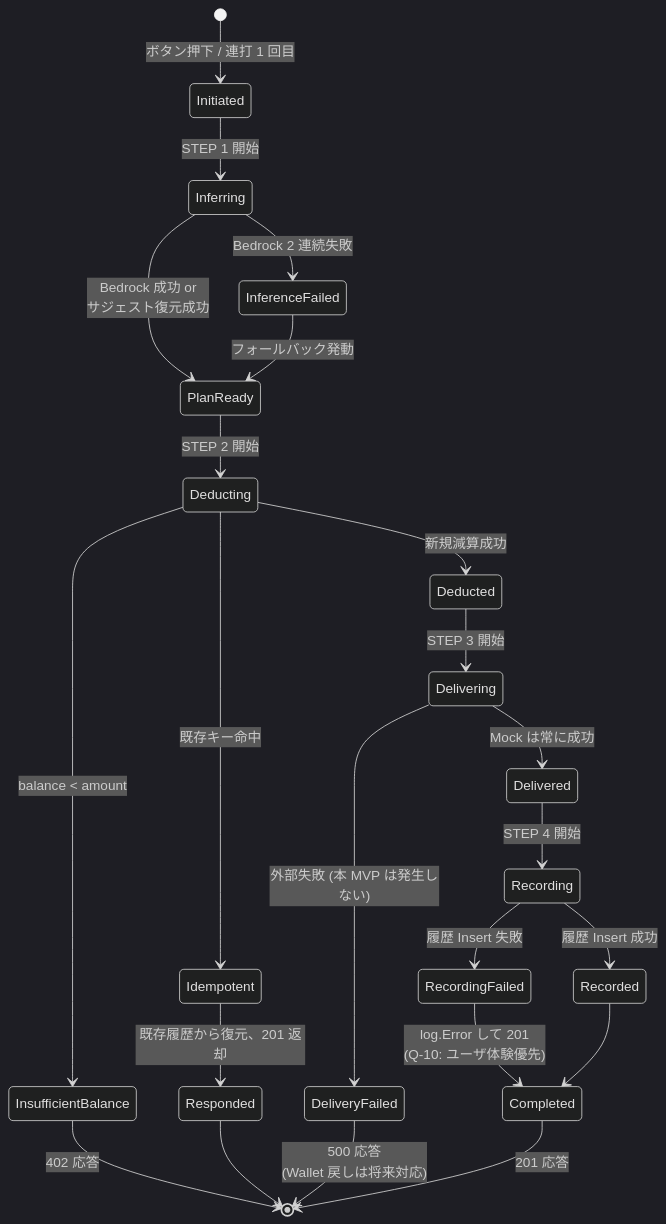
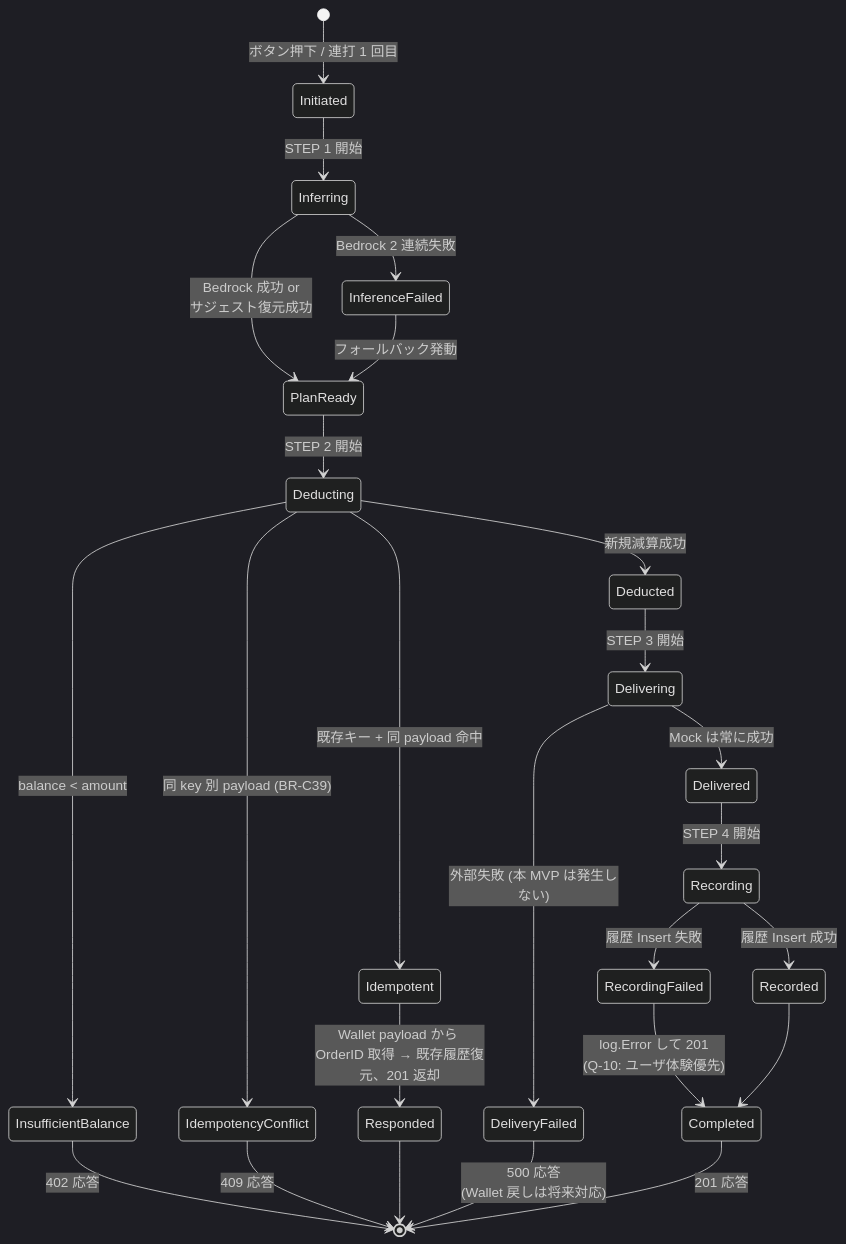
Before and after one commit to ryotinjpn/goro2pay: the sixth of 7 diagrams in aidlc-docs/construction/order/functional-design/business-logic-model.md, drawn with Mermaid (dark theme). The commit also changed other lines of this file, not shown here.

````diff
--- a/aidlc-docs/construction/order/functional-design/business-logic-model.md
+++ b/aidlc-docs/construction/order/functional-design/business-logic-model.md
@@ -326,31 +337,33 @@
 ```mermaid
 stateDiagram-v2
     [*] --> Initiated: ボタン押下 / 連打 1 回目
 
     Initiated --> Inferring: STEP 1 開始
     Inferring --> InferenceFailed: Bedrock 2 連続失敗
     Inferring --> PlanReady: Bedrock 成功 or<br/>サジェスト復元成功
     InferenceFailed --> PlanReady: フォールバック発動
 
     PlanReady --> Deducting: STEP 2 開始
     Deducting --> InsufficientBalance: balance < amount
-    Deducting --> Idempotent: 既存キー命中
+    Deducting --> IdempotencyConflict: 同 key 別 payload (BR-C39)
+    Deducting --> Idempotent: 既存キー + 同 payload 命中
     Deducting --> Deducted: 新規減算成功
 
     InsufficientBalance --> [*]: 402 応答
-    Idempotent --> Responded: 既存履歴から復元、201 返却
+    IdempotencyConflict --> [*]: 409 応答
+    Idempotent --> Responded: Wallet payload から OrderID 取得 → 既存履歴復元、201 返却
     Responded --> [*]
 
     Deducted --> Delivering: STEP 3 開始
     Delivering --> DeliveryFailed: 外部失敗 (本 MVP は発生しない)
     Delivering --> Delivered: Mock は常に成功
 
     DeliveryFailed --> [*]: 500 応答<br/>(Wallet 戻しは将来対応)
 
     Delivered --> Recording: STEP 4 開始
     Recording --> Recorded: 履歴 Insert 成功
     Recording --> RecordingFailed: 履歴 Insert 失敗
     RecordingFailed --> Completed: log.Error して 201<br/>(Q-10: ユーザ体験優先)
     Recorded --> Completed
     Completed --> [*]: 201 応答
 ```
````
